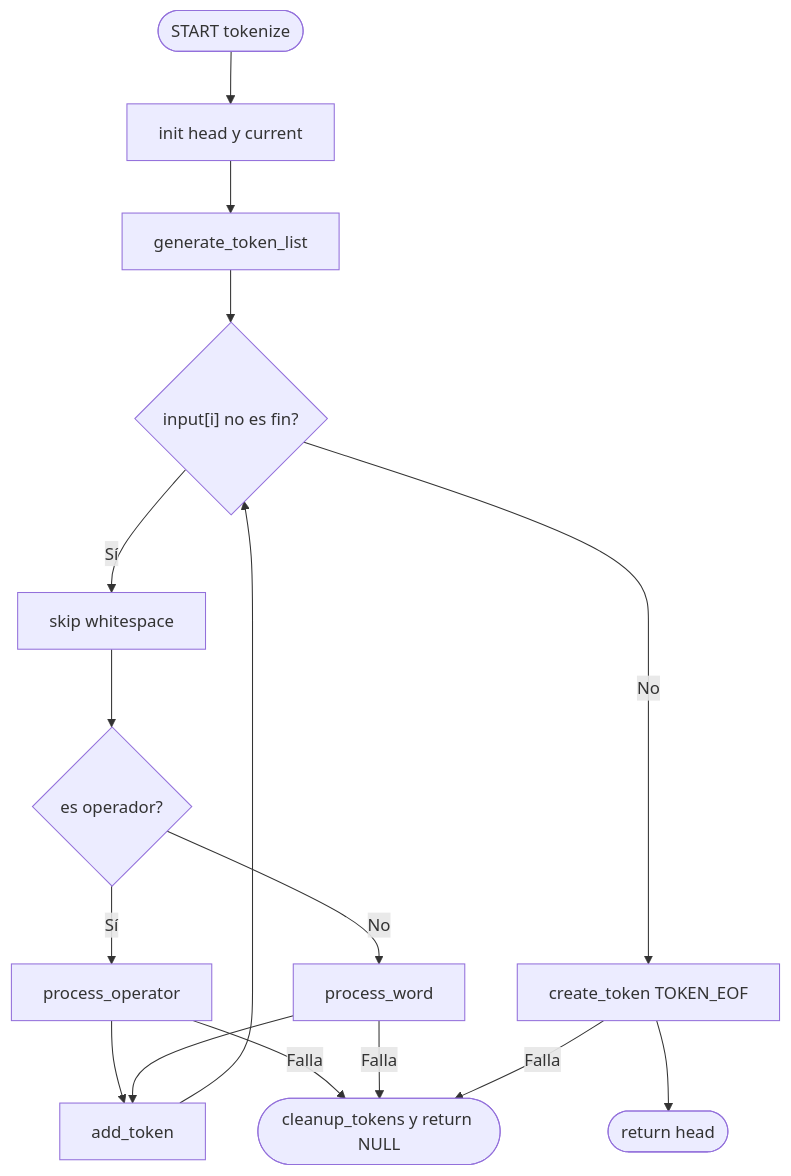
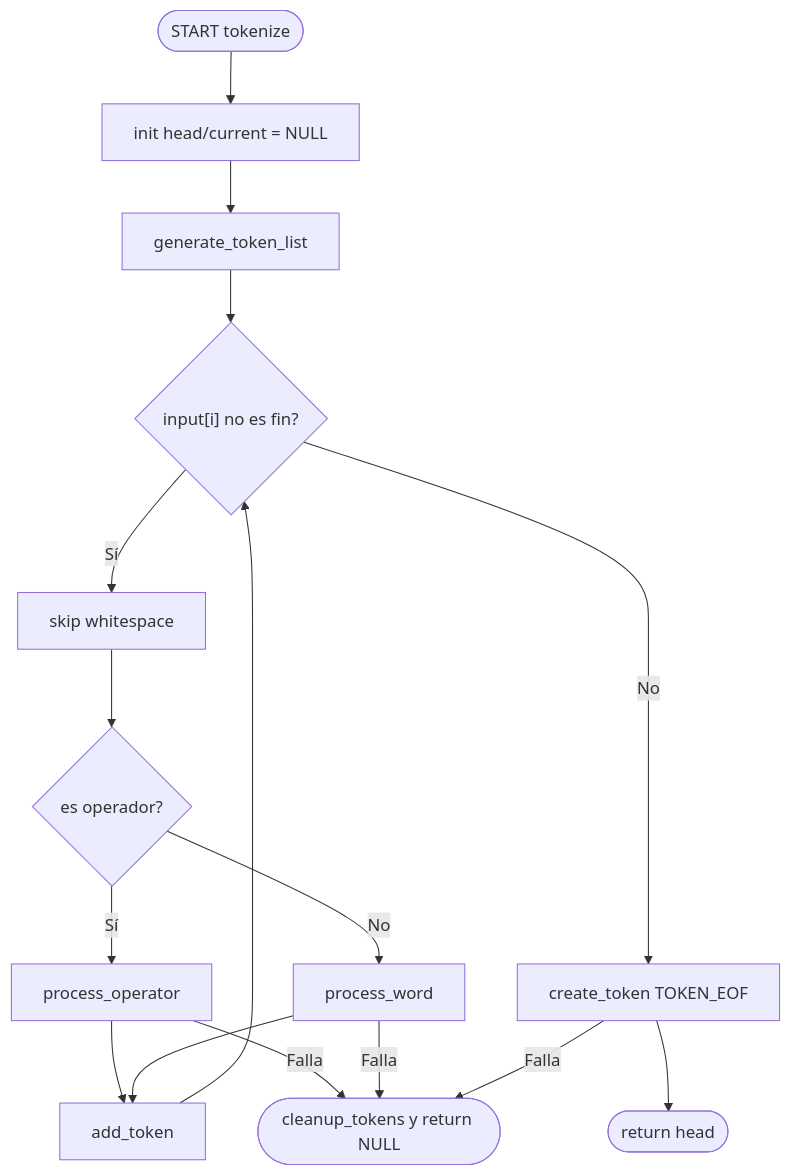
The second of 4 diagrams in docs/FLOWCHARTS.md (x65juan56x/minishell), drawn with Mermaid before and after one commit. The commit also changed other lines of this file, not shown here.

Commit message:
Flowchart Actualizado

````diff
--- a/docs/FLOWCHARTS.md
+++ b/docs/FLOWCHARTS.md
@@ -42,32 +42,32 @@
 ```mermaid
 flowchart TD
     %% Proceso de tokenización
 
     TOK_START([START tokenize])
-    TOK_INIT[init head y current]
+    TOK_INIT["init head/current = NULL"]
     GEN_LIST[generate_token_list]
     ADD_EOF["create_token TOKEN_EOF"]
     TOK_SUCCESS([return head])
     TOK_ERROR(["cleanup_tokens y return NULL"])
 
     LOOP{"input[i] no es fin?"}
     SKIP_WS[skip whitespace]
     IS_OP{"es operador?"}
     PROC_OP[process_operator]
     PROC_WORD[process_word]
     ADD_TOKEN[add_token]
 
     TOK_START --> TOK_INIT --> GEN_LIST
     GEN_LIST --> LOOP
     LOOP -- Sí --> SKIP_WS --> IS_OP
     IS_OP -- Sí --> PROC_OP
     IS_OP -- No --> PROC_WORD
     PROC_OP --> ADD_TOKEN
     PROC_WORD --> ADD_TOKEN
     PROC_OP -- Falla --> TOK_ERROR
     PROC_WORD -- Falla --> TOK_ERROR
     ADD_TOKEN --> LOOP
     LOOP -- No --> ADD_EOF
     ADD_EOF -- Falla --> TOK_ERROR
     ADD_EOF --> TOK_SUCCESS
 ```
````
